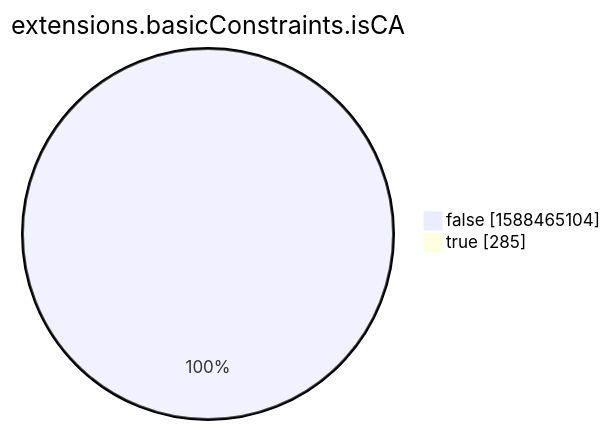
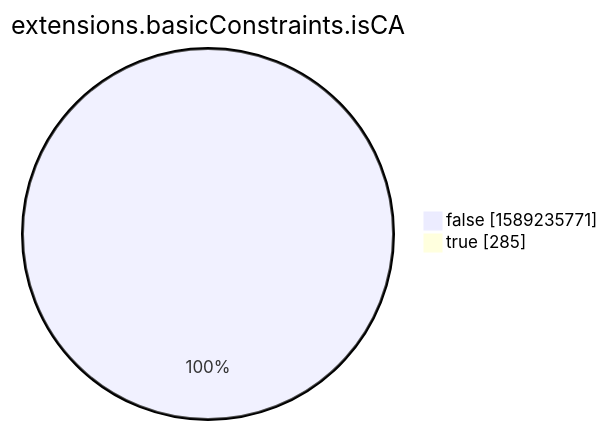
The eighth of 15 diagrams in xenon2022/README.md (christiankrug/ctmonitor_visualization), drawn with Mermaid before and after one commit. The commit also changed other lines of this file, not shown here.

````diff
--- a/xenon2022/README.md
+++ b/xenon2022/README.md
@@ -2862,6 +2862,6 @@
 ```mermaid
 pie showData
 title extensions.basicConstraints.isCA
-"false" :1588465104
+"false" :1589235771
 "true" :285
 ```
````
